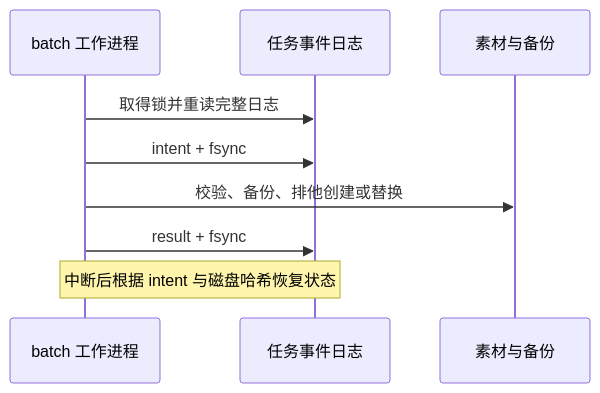
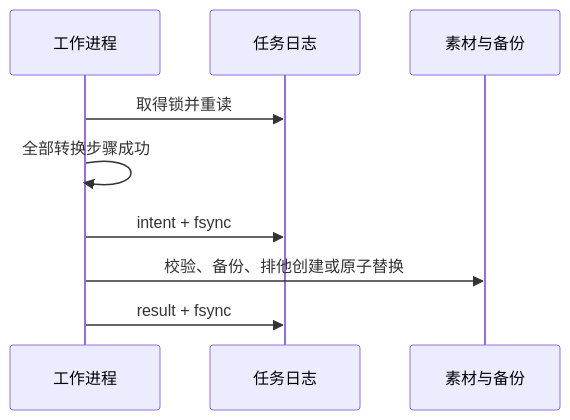
One commit to ISQIShI/AssetToolbox changed the diagram in docs/architecture/persistence.md. Above: the diagram before and after it, drawn with Mermaid. The commit also changed other lines of this file and 84 other files, not shown here.

First line of the commit message:
feat(core)!: 实现资源处理扩展契约与图片缩放

````diff
--- a/docs/architecture/persistence.md
+++ b/docs/architecture/persistence.md
@@ -48,11 +37,11 @@
 ```mermaid
 sequenceDiagram
-    participant W as batch 工作进程
-    participant J as 任务事件日志
+    participant W as 工作进程
+    participant J as 任务日志
     participant F as 素材与备份
-    W->>J: 取得锁并重读完整日志
+    W->>J: 取得锁并重读
+    W->>W: 全部转换步骤成功
     W->>J: intent + fsync
-    W->>F: 校验、备份、排他创建或替换
+    W->>F: 校验、备份、排他创建或原子替换
     W->>J: result + fsync
-    Note over W,J: 中断后根据 intent 与磁盘哈希恢复状态
 ```
````
